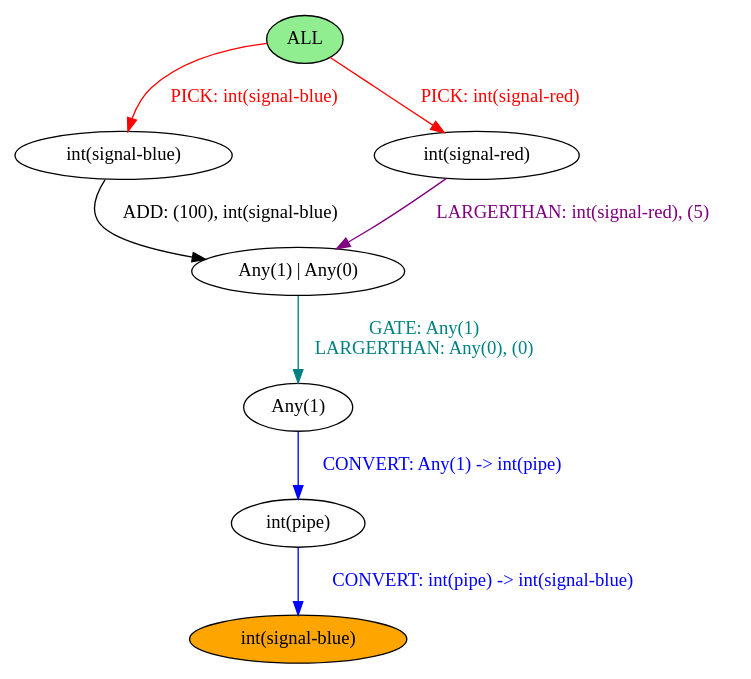
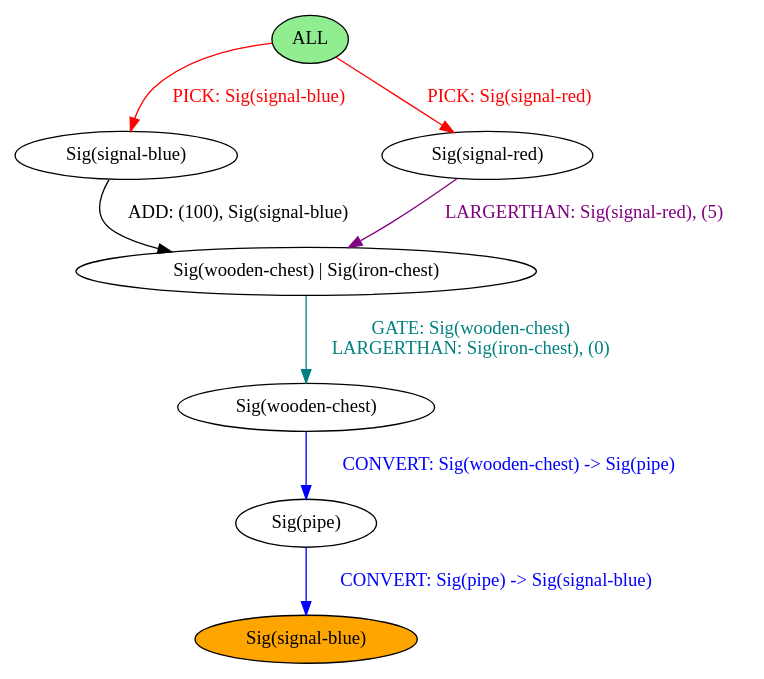
One commit to BalderHolst/chef changed the diagram in chef/example_outputs/when_simple.dot. Above: the diagram before and after it, drawn with Graphviz. The commit also changed other lines of this file and 15 other files, not shown here.

```diff
--- a/chef/example_outputs/when_simple.dot
+++ b/chef/example_outputs/when_simple.dot
@@ -1,18 +1,18 @@
 strict digraph {
 	nodesep=1
-	7	[style=filled fillcolor=white label="int(signal-blue)"]
+	7	[style=filled fillcolor=white label="Sig(signal-blue)"]
 	0	[style=filled fillcolor=lightgreen label="ALL"]
-	3	[style=filled fillcolor=white label="int(signal-red)"]
-	12	[style=filled fillcolor=orange label="int(signal-blue)"]
-	9	[style=filled fillcolor=white label="Any(1)"]
-	8	[style=filled fillcolor=white label="Any(1) | Any(0)"]
-	11	[style=filled fillcolor=white label="int(pipe)"]
-	7 -> 8	[label="ADD: (100), int(signal-blue)" color=black fontcolor=black]
-	0 -> 3	[label="PICK: int(signal-red)" color=red fontcolor=red]
-	0 -> 7	[label="PICK: int(signal-blue)" color=red fontcolor=red]
-	3 -> 8	[label="LARGERTHAN: int(signal-red), (5)" color=purple fontcolor=purple]
-	9 -> 11	[label="CONVERT: Any(1) -> int(pipe)" color=blue fontcolor=blue]
-	8 -> 9	[label="GATE: Any(1)
-LARGERTHAN: Any(0), (0)" color=teal fontcolor=teal]
-	11 -> 12	[label="CONVERT: int(pipe) -> int(signal-blue)" color=blue fontcolor=blue]
+	3	[style=filled fillcolor=white label="Sig(signal-red)"]
+	12	[style=filled fillcolor=orange label="Sig(signal-blue)"]
+	9	[style=filled fillcolor=white label="Sig(wooden-chest)"]
+	8	[style=filled fillcolor=white label="Sig(wooden-chest) | Sig(iron-chest)"]
+	11	[style=filled fillcolor=white label="Sig(pipe)"]
+	7 -> 8	[label="ADD: (100), Sig(signal-blue)" color=black fontcolor=black]
+	0 -> 3	[label="PICK: Sig(signal-red)" color=red fontcolor=red]
+	0 -> 7	[label="PICK: Sig(signal-blue)" color=red fontcolor=red]
+	3 -> 8	[label="LARGERTHAN: Sig(signal-red), (5)" color=purple fontcolor=purple]
+	9 -> 11	[label="CONVERT: Sig(wooden-chest) -> Sig(pipe)" color=blue fontcolor=blue]
+	8 -> 9	[label="GATE: Sig(wooden-chest)
+LARGERTHAN: Sig(iron-chest), (0)" color=teal fontcolor=teal]
+	11 -> 12	[label="CONVERT: Sig(pipe) -> Sig(signal-blue)" color=blue fontcolor=blue]
 }
```
